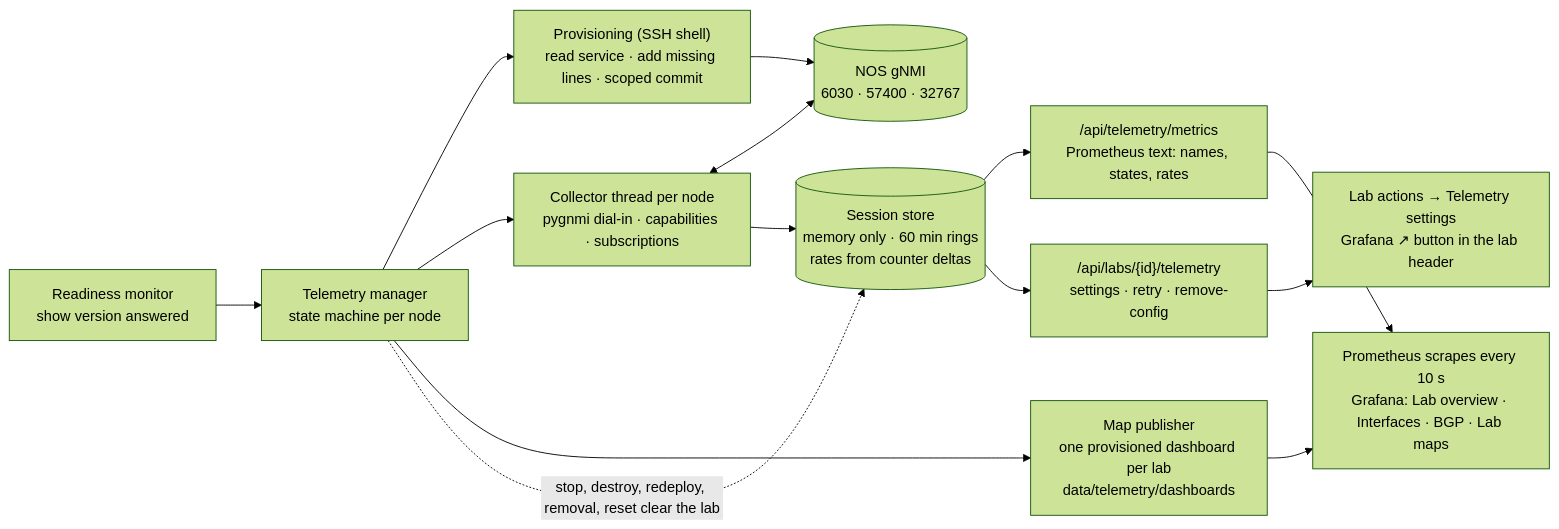
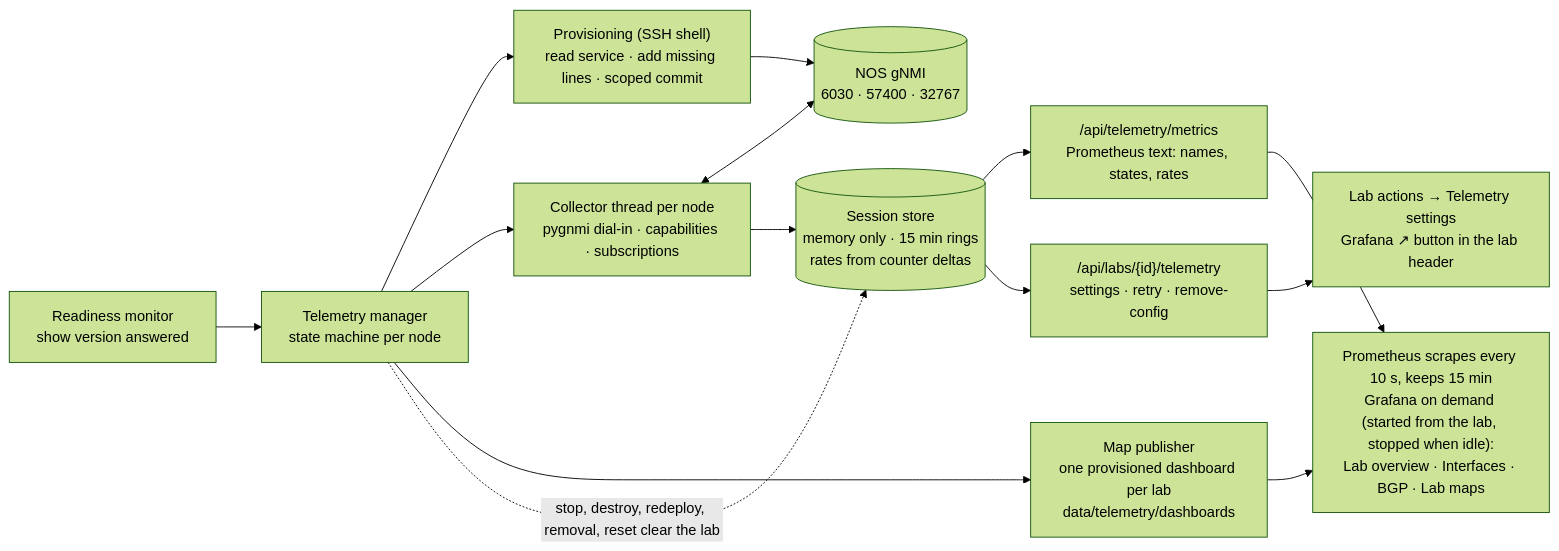
The fourth of 5 diagrams in docs/ARCHITECTURE.md (ArchRuger/CLAB-BACKUP-WORKER-v2), drawn with Mermaid (forest theme) before and after one commit. The commit also changed 62 other files, not shown here.

````diff
--- a/docs/ARCHITECTURE.md
+++ b/docs/ARCHITECTURE.md
@@ -106,20 +106,20 @@
 ```mermaid
 flowchart LR
     R["Readiness monitor<br/>show version answered"]
     T["Telemetry manager<br/>state machine per node"]
     P["Provisioning (SSH shell)<br/>read service · add missing lines · scoped commit"]
     C["Collector thread per node<br/>pygnmi dial-in · capabilities · subscriptions"]
-    S[("Session store<br/>memory only · 60 min rings<br/>rates from counter deltas")]
+    S[("Session store<br/>memory only · 15 min rings<br/>rates from counter deltas")]
     X["/api/telemetry/metrics<br/>Prometheus text: names, states, rates"]
     A["/api/labs/{id}/telemetry<br/>settings · retry · remove-config"]
     U["Lab actions → Telemetry settings<br/>Grafana ↗ button in the lab header"]
     MP["Map publisher<br/>one provisioned dashboard per lab<br/>data/telemetry/dashboards"]
-    G["Prometheus scrapes every 10 s<br/>Grafana: Lab overview · Interfaces · BGP · Lab maps"]
+    G["Prometheus scrapes every 10 s, keeps 15 min<br/>Grafana on demand (started from the lab, stopped when idle):<br/>Lab overview · Interfaces · BGP · Lab maps"]
     N[("NOS gNMI<br/>6030 · 57400 · 32767")]
     R --> T --> P --> N
     T --> C <--> N
     C --> S --> X --> G
     S --> A --> U
     T --> MP --> G
     T -. "stop, destroy, redeploy, removal, reset clear the lab" .-> S
 ```
````
